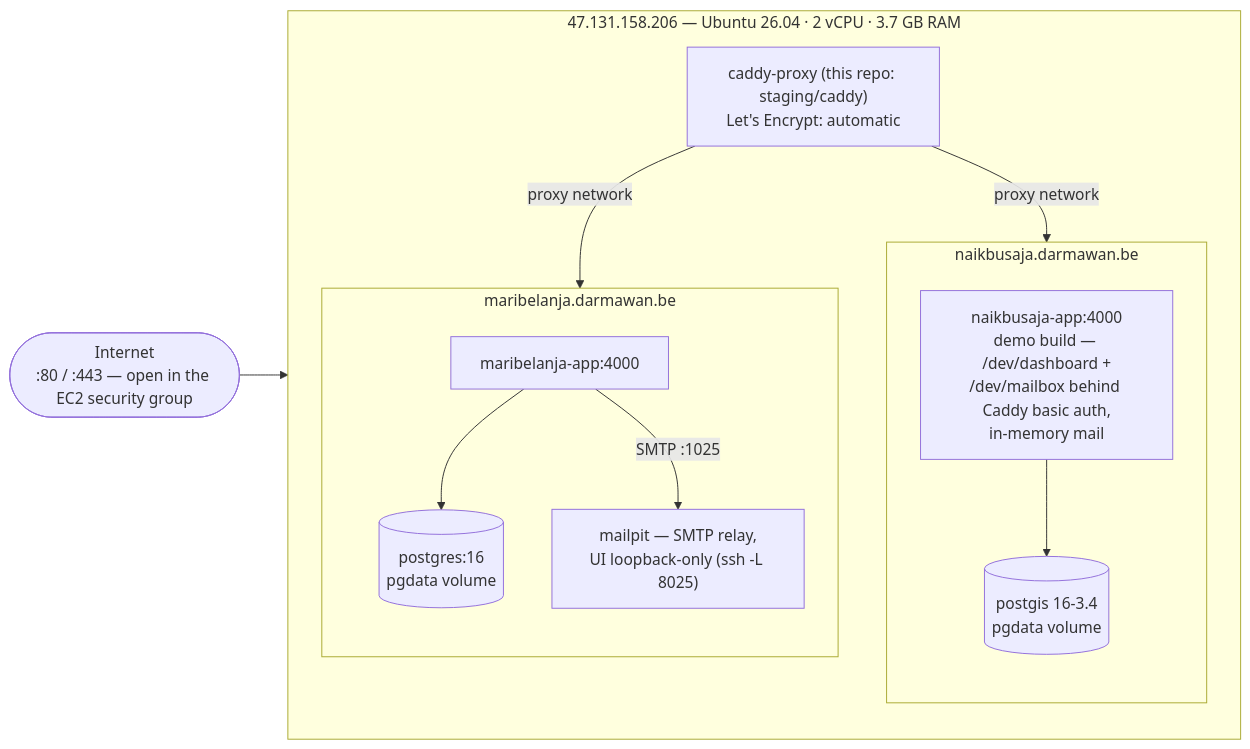
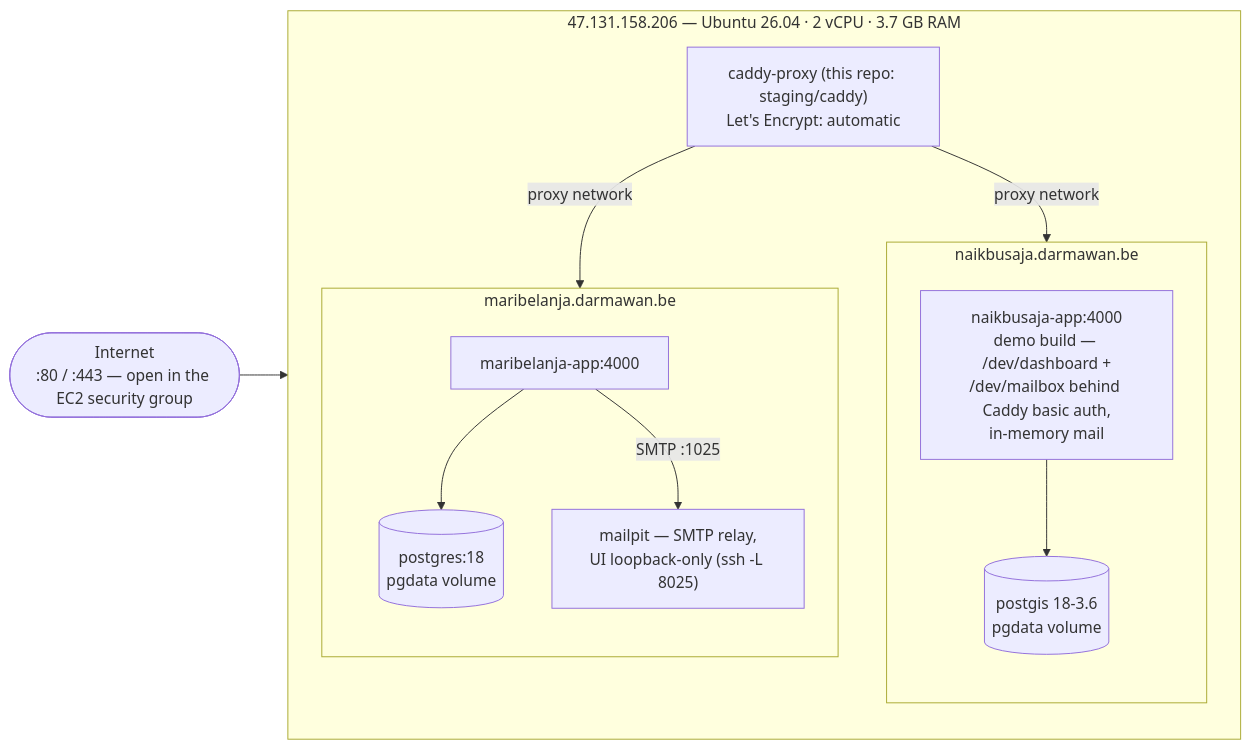
One commit to jeffdarmawan/darmawan-be-ops changed the diagram in staging/README.md. Above: the diagram before and after it, drawn with Mermaid. The commit also changed 5 other files, not shown here.

````diff
--- a/staging/README.md
+++ b/staging/README.md
@@ -7,29 +7,29 @@
 ```mermaid
 flowchart LR
     internet(["Internet<br/>:80 / :443 — open in the EC2 security group"])
 
     subgraph host["47.131.158.206 — Ubuntu 26.04 · 2 vCPU · 3.7 GB RAM"]
         direction TB
         caddy["caddy-proxy (this repo: staging/caddy)<br/>Let's Encrypt: automatic"]
 
         subgraph nb["naikbusaja.darmawan.be"]
             direction TB
             nbapp["naikbusaja-app:4000<br/>demo build — /dev/dashboard +<br/>/dev/mailbox behind Caddy basic auth,<br/>in-memory mail"]
-            nbdb[("postgis 16-3.4<br/>pgdata volume")]
+            nbdb[("postgis 18-3.6<br/>pgdata volume")]
         end
 
         subgraph mb["maribelanja.darmawan.be"]
             direction TB
             mbapp["maribelanja-app:4000"]
-            mbdb[("postgres:16<br/>pgdata volume")]
+            mbdb[("postgres:18<br/>pgdata volume")]
             mp["mailpit — SMTP relay,<br/>UI loopback-only (ssh -L 8025)"]
         end
     end
 
     internet --> caddy
     caddy -->|"proxy network"| nbapp
     caddy -->|"proxy network"| mbapp
     nbapp --> nbdb
     mbapp --> mbdb
     mbapp -->|"SMTP :1025"| mp
 ```
````
